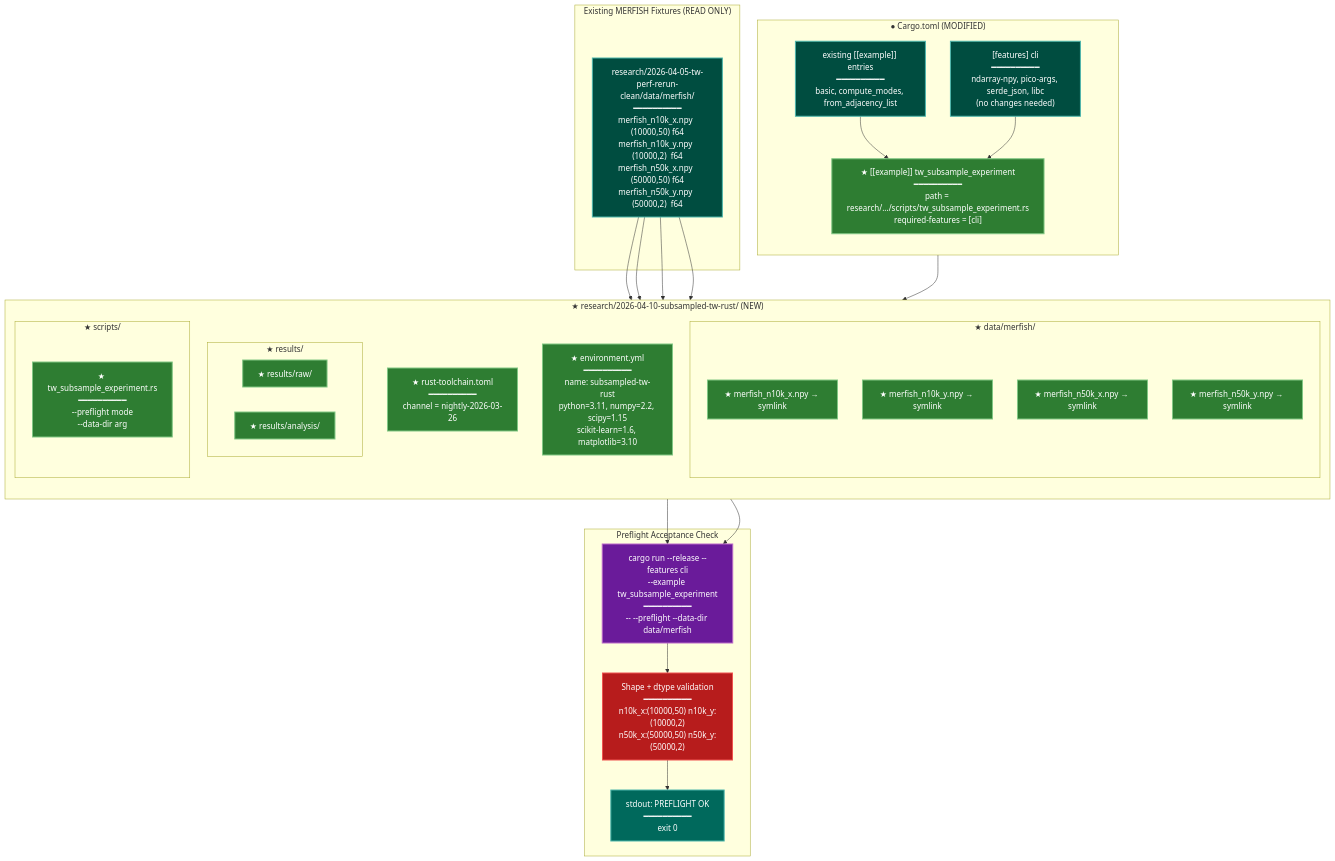
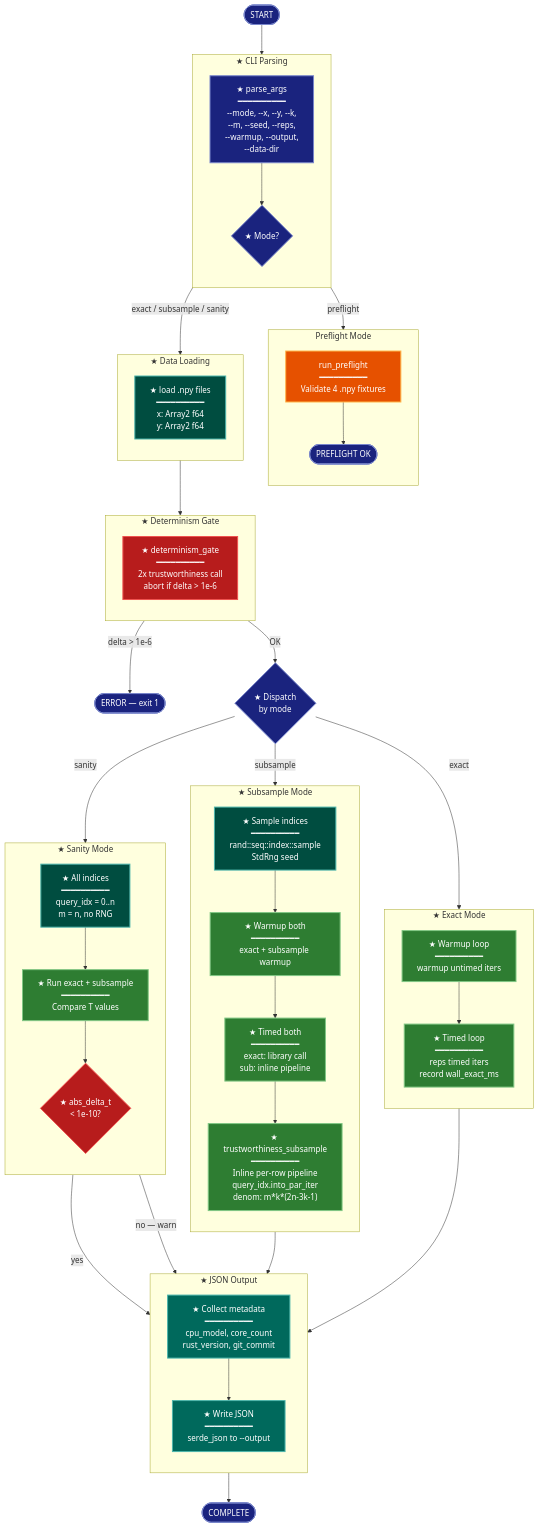
One commit to TalonT-Org/spectral-init changed the diagram in research/2026-04-10-subsampled-tw-rust/experiment-plan.md. Above: the diagram before and after it, drawn with Mermaid. The commit also changed other lines of this file, not shown here.

Commit message:
Add groupB experiment plan to research folder

````diff
--- a/research/2026-04-10-subsampled-tw-rust/experiment-plan.md
+++ b/research/2026-04-10-subsampled-tw-rust/experiment-plan.md
@@ -16,7 +11,6 @@
 ```mermaid
 %%{init: {'flowchart': {'nodeSpacing': 50, 'rankSpacing': 60, 'curve': 'basis'}}}%%
 flowchart TB
-    %% CLASS DEFINITIONS %%
     classDef cli fill:#1a237e,stroke:#7986cb,stroke-width:2px,color:#fff;
     classDef stateNode fill:#004d40,stroke:#4db6ac,stroke-width:2px,color:#fff;
     classDef handler fill:#e65100,stroke:#ffb74d,stroke-width:2px,color:#fff;
@@ -26,61 +20,97 @@
     classDef detector fill:#b71c1c,stroke:#ef5350,stroke-width:2px,color:#fff;
     classDef terminal fill:#1a237e,stroke:#7986cb,stroke-width:2px,color:#fff;
 
-    subgraph CargoConfig ["● Cargo.toml (MODIFIED)"]
+    START([START])
+    ERROR([ERROR — exit 1])
+
+    subgraph CLI ["★ CLI Parsing"]
         direction TB
-        ExistingExamples["existing [[example]] entries<br/>━━━━━━━━━━<br/>basic, compute_modes, from_adjacency_list"]
-        NewExample["★ [[example]] tw_subsample_experiment<br/>━━━━━━━━━━<br/>path = research/.../scripts/tw_subsample_experiment.rs<br/>required-features = [cli]"]
-        CLIFeature["[features] cli<br/>━━━━━━━━━━<br/>ndarray-npy, pico-args, serde_json, libc<br/>(no changes needed)"]
+        ARGS["★ parse_args<br/>━━━━━━━━━━<br/>--mode, --x, --y, --k,<br/>--m, --seed, --reps,<br/>--warmup, --output,<br/>--data-dir"]
+        MODE{"★ Mode?"}
     end
 
-    subgraph ExperimentDir ["★ research/2026-04-10-subsampled-tw-rust/ (NEW)"]
+    subgraph Preflight ["Preflight Mode"]
         direction TB
-        Toolchain["★ rust-toolchain.toml<br/>━━━━━━━━━━<br/>channel = nightly-2026-03-26"]
-        EnvYml["★ environment.yml<br/>━━━━━━━━━━<br/>name: subsampled-tw-rust<br/>python=3.11, numpy=2.2, scipy=1.15<br/>scikit-learn=1.6, matplotlib=3.10"]
-
-        subgraph DataDir ["★ data/merfish/"]
-            Sym1["★ merfish_n10k_x.npy → symlink"]
-            Sym2["★ merfish_n10k_y.npy → symlink"]
-            Sym3["★ merfish_n50k_x.npy → symlink"]
-            Sym4["★ merfish_n50k_y.npy → symlink"]
-        end
-
-        subgraph ResultsDirs ["★ results/"]
-            RawDir["★ results/raw/"]
-            AnalysisDir["★ results/analysis/"]
-        end
-
-        subgraph ScriptsDir ["★ scripts/"]
-            BinSrc["★ tw_subsample_experiment.rs<br/>━━━━━━━━━━<br/>--preflight mode<br/>--data-dir arg"]
-        end
+        PF["run_preflight<br/>━━━━━━━━━━<br/>Validate 4 .npy fixtures"]
+        PFOK([PREFLIGHT OK])
     end
 
-    subgraph SourceFixtures ["Existing MERFISH Fixtures (READ ONLY)"]
-        Fixture["research/2026-04-05-tw-perf-rerun-clean/data/merfish/<br/>━━━━━━━━━━<br/>merfish_n10k_x.npy  (10000,50) f64<br/>merfish_n10k_y.npy  (10000,2)  f64<br/>merfish_n50k_x.npy  (50000,50) f64<br/>merfish_n50k_y.npy  (50000,2)  f64"]
+    subgraph Gate ["★ Determinism Gate"]
+        direction TB
+        DET["★ determinism_gate<br/>━━━━━━━━━━<br/>2x trustworthiness call<br/>abort if delta > 1e-6"]
     end
 
-    subgraph PreflightFlow ["Preflight Acceptance Check"]
-        Cmd["cargo run --release --features cli<br/>--example tw_subsample_experiment<br/>━━━━━━━━━━<br/>-- --preflight --data-dir data/merfish"]
-        Check["Shape + dtype validation<br/>━━━━━━━━━━<br/>n10k_x:(10000,50) n10k_y:(10000,2)<br/>n50k_x:(50000,50) n50k_y:(50000,2)"]
-        Result["stdout: PREFLIGHT OK<br/>━━━━━━━━━━<br/>exit 0"]
+    subgraph LoadData ["★ Data Loading"]
+        direction TB
+        LOAD["★ load .npy files<br/>━━━━━━━━━━<br/>x: Array2 f64<br/>y: Array2 f64"]
     end
 
-    ExistingExamples --> NewExample
-    CLIFeature --> NewExample
-    NewExample --> BinSrc
-    Fixture --> Sym1
-    Fixture --> Sym2
-    Fixture --> Sym3
-    Fixture --> Sym4
-    DataDir --> Cmd
-    BinSrc --> Cmd
-    Cmd --> Check
-    Check --> Result
+    subgraph ExactMode ["★ Exact Mode"]
+        direction TB
+        EW["★ Warmup loop<br/>━━━━━━━━━━<br/>warmup untimed iters"]
+        ET["★ Timed loop<br/>━━━━━━━━━━<br/>reps timed iters<br/>record wall_exact_ms"]
+    end
 
-    class ExistingExamples,CLIFeature stateNode;
-    class NewExample,Toolchain,EnvYml,Sym1,Sym2,Sym3,Sym4,RawDir,AnalysisDir,BinSrc newComponent;
-    class Fixture stateNode;
-    class Cmd phase;
-    class Check detector;
-    class Result output;
+    subgraph SubMode ["★ Subsample Mode"]
+        direction TB
+        SAMPLE["★ Sample indices<br/>━━━━━━━━━━<br/>rand::seq::index::sample<br/>StdRng seed"]
+        SW["★ Warmup both<br/>━━━━━━━━━━<br/>exact + subsample warmup"]
+        ST["★ Timed both<br/>━━━━━━━━━━<br/>exact: library call<br/>sub: inline pipeline"]
+        INLINE["★ trustworthiness_subsample<br/>━━━━━━━━━━<br/>Inline per-row pipeline<br/>query_idx.into_par_iter<br/>denom: m*k*(2n-3k-1)"]
+    end
+
+    subgraph SanityMode ["★ Sanity Mode"]
+        direction TB
+        SALL["★ All indices<br/>━━━━━━━━━━<br/>query_idx = 0..n<br/>m = n, no RNG"]
+        SRUN["★ Run exact + subsample<br/>━━━━━━━━━━<br/>Compare T values"]
+        SCHECK{"★ abs_delta_t<br/>< 1e-10?"}
+    end
+
+    subgraph Output ["★ JSON Output"]
+        direction TB
+        META["★ Collect metadata<br/>━━━━━━━━━━<br/>cpu_model, core_count<br/>rust_version, git_commit"]
+        JSON["★ Write JSON<br/>━━━━━━━━━━<br/>serde_json to --output"]
+    end
+
+    DONE([COMPLETE])
+
+    START --> ARGS
+    ARGS --> MODE
+    MODE -->|"preflight"| PF
+    PF --> PFOK
+    MODE -->|"exact / subsample / sanity"| LOAD
+    LOAD --> DET
+    DET -->|"delta > 1e-6"| ERROR
+    DET -->|"OK"| MODE2
+
+    MODE2{"★ Dispatch<br/>by mode"}
+
+    MODE2 -->|"exact"| EW
+    EW --> ET
+    ET --> META
+
+    MODE2 -->|"subsample"| SAMPLE
+    SAMPLE --> SW
+    SW --> ST
+    ST --> INLINE
+    INLINE --> META
+
+    MODE2 -->|"sanity"| SALL
+    SALL --> SRUN
+    SRUN --> SCHECK
+    SCHECK -->|"yes"| META
+    SCHECK -->|"no — warn"| META
+
+    META --> JSON
+    JSON --> DONE
+
+    class START,PFOK,ERROR,DONE terminal;
+    class ARGS,MODE cli;
+    class PF handler;
+    class DET,SCHECK detector;
+    class LOAD,SAMPLE,SALL stateNode;
+    class EW,ET,SW,ST,SRUN newComponent;
+    class INLINE newComponent;
+    class MODE2 cli;
+    class META,JSON output;
 ```
````
